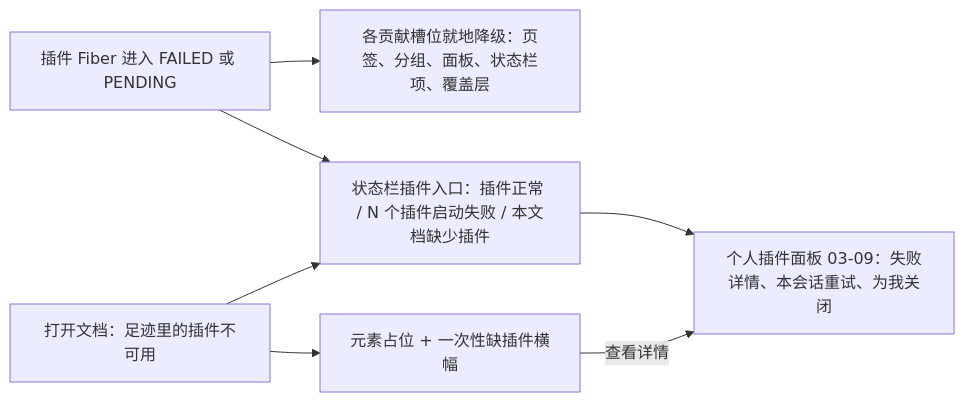
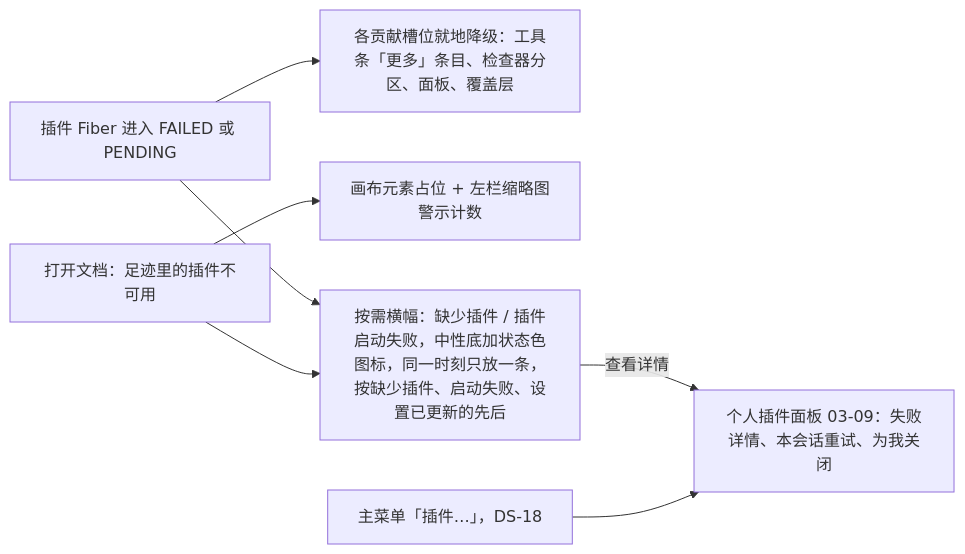
The fifth of 5 diagrams in docs/20-design/06-extensibility-ux.md (Xeonice/cordis-ppt-editor), drawn with Mermaid before and after one commit. The commit also changed other lines of this file and 44 other files, not shown here.

````diff
--- a/docs/20-design/06-extensibility-ux.md
+++ b/docs/20-design/06-extensibility-ux.md
@@ -352,15 +399,16 @@
 ```mermaid
 flowchart LR
   fiber["插件 Fiber 进入 FAILED 或 PENDING"]
-  slots["各贡献槽位就地降级：页签、分组、面板、状态栏项、覆盖层"]
+  slots["各贡献槽位就地降级：工具条「更多」条目、检查器分区、面板、覆盖层"]
   foot["打开文档：足迹里的插件不可用"]
-  place["元素占位 + 一次性缺插件横幅"]
-  entry["状态栏插件入口：插件正常 / N 个插件启动失败 / 本文档缺少插件"]
+  place["画布元素占位 + 左栏缩略图警示计数"]
+  banner["按需横幅：缺少插件 / 插件启动失败，中性底加状态色图标，同一时刻只放一条，按缺少插件、启动失败、设置已更新的先后"]
+  menu["主菜单「插件…」，DS-18"]
   panel["个人插件面板 03-09：失败详情、本会话重试、为我关闭"]
   fiber --> slots
-  fiber --> entry
+  fiber --> banner
   foot --> place
-  foot --> entry
-  entry --> panel
-  place -->|"查看详情"| panel
+  foot --> banner
+  banner -->|"查看详情"| panel
+  menu --> panel
 ```
````
